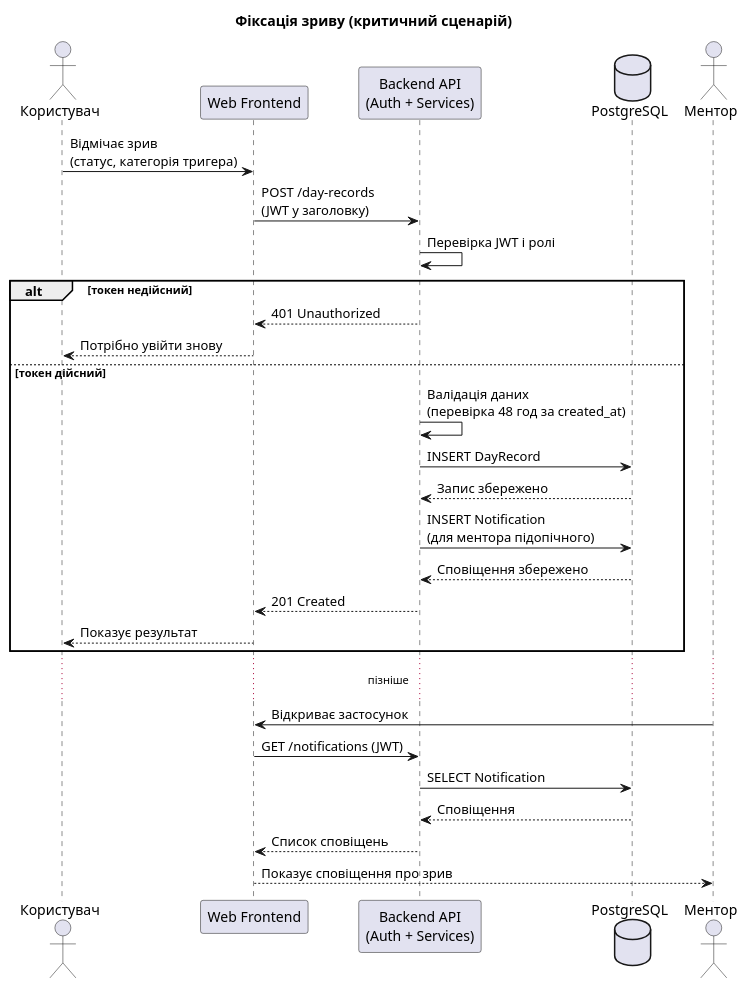
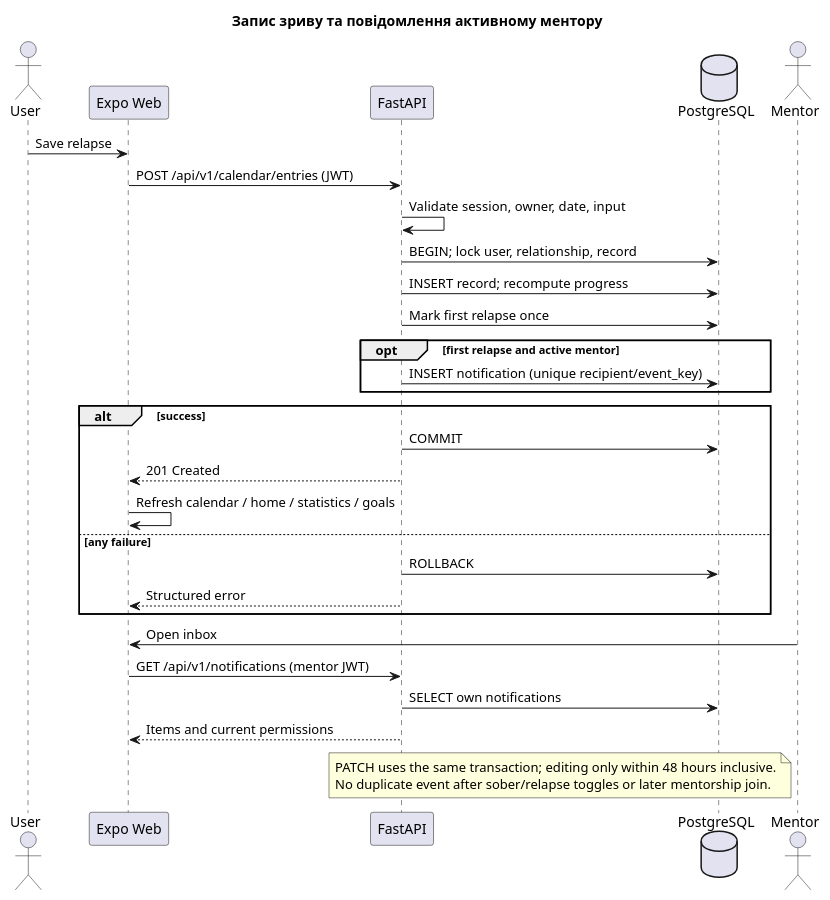
The diagram in docs/architecture/uml/sequence-diagram.puml (ukma-fin-ssdm-2026/Rehab), drawn with PlantUML before and after one commit. The commit also changed 16 other files, not shown here.

```diff
--- a/docs/architecture/uml/sequence-diagram.puml
+++ b/docs/architecture/uml/sequence-diagram.puml
@@ -1,34 +1,34 @@
 @startuml
-title Фіксація зриву (критичний сценарій)
-
-actor "Користувач" as User
-participant "Web Frontend" as Front
-participant "Backend API\n(Auth + Services)" as Back
-database "PostgreSQL" as DB
-actor "Ментор" as Mentor
-
-User -> Front : Відмічає зрив\n(статус, категорія тригера)
-Front -> Back : POST /day-records\n(JWT у заголовку)
-Back -> Back : Перевірка JWT і ролі
-
-alt токен недійсний
-  Back --> Front : 401 Unauthorized
-  Front --> User : Потрібно увійти знову
-else токен дійсний
-  Back -> Back : Валідація даних\n(перевірка 48 год за created_at)
-  Back -> DB : INSERT DayRecord
-  DB --> Back : Запис збережено
-  Back -> DB : INSERT Notification\n(для ментора підопічного)
-  DB --> Back : Сповіщення збережено
-  Back --> Front : 201 Created
-  Front --> User : Показує результат
+!pragma layout smetana
+title Запис зриву та повідомлення активному ментору
+actor User
+participant "Expo Web" as Front
+participant "FastAPI" as API
+database PostgreSQL as DB
+actor Mentor
+User -> Front : Save relapse
+Front -> API : POST /api/v1/calendar/entries (JWT)
+API -> API : Validate session, owner, date, input
+API -> DB : BEGIN; lock user, relationship, record
+API -> DB : INSERT record; recompute progress
+API -> DB : Mark first relapse once
+opt first relapse and active mentor
+ API -> DB : INSERT notification (unique recipient/event_key)
 end
-
-... пізніше ...
-Mentor -> Front : Відкриває застосунок
-Front -> Back : GET /notifications (JWT)
-Back -> DB : SELECT Notification
-DB --> Back : Сповіщення
-Back --> Front : Список сповіщень
-Front --> Mentor : Показує сповіщення про зрив
+alt success
+ API -> DB : COMMIT
+ API --> Front : 201 Created
+ Front -> Front : Refresh calendar / home / statistics / goals
+else any failure
+ API -> DB : ROLLBACK
+ API --> Front : Structured error
+end
+Mentor -> Front : Open inbox
+Front -> API : GET /api/v1/notifications (mentor JWT)
+API -> DB : SELECT own notifications
+API --> Front : Items and current permissions
+note over API,DB
+PATCH uses the same transaction; editing only within 48 hours inclusive.
+No duplicate event after sober/relapse toggles or later mentorship join.
+end note
 @enduml
```
